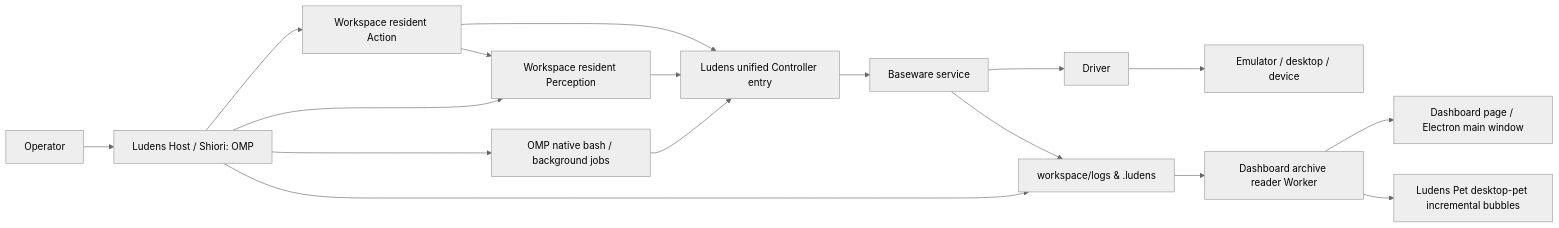
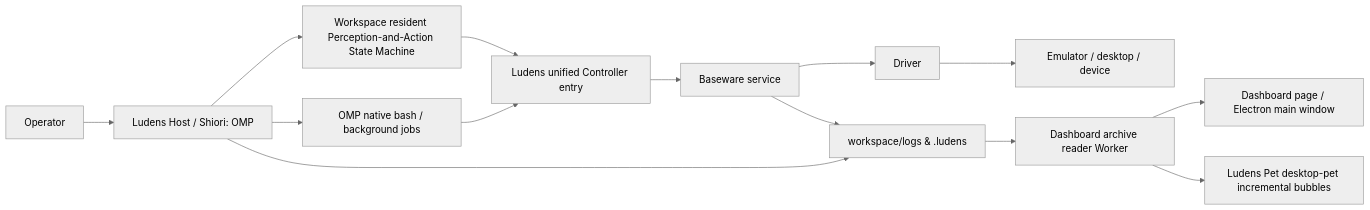
The diagram in docs/en/reference/architecture.md (Arkevo-Lab/Ludens), drawn with Mermaid (neutral theme) before and after one commit. The commit also changed other lines of this file and 35 other files, not shown here.

````diff
--- a/docs/en/reference/architecture.md
+++ b/docs/en/reference/architecture.md
@@ -15,19 +15,16 @@
 ```mermaid
 flowchart LR
     O[Operator] --> H[Ludens Host / Shiori: OMP]
-    H --> P[Workspace resident Perception]
-    H --> X[Workspace resident Action]
+    H --> P[Workspace resident Perception-and-Action State Machine]
     H --> S[OMP native bash / background jobs]
     S --> C[Ludens unified Controller entry]
     P --> C
-    X --> C
-    X --> P
     C --> B[Baseware service]
     B --> D[Driver]
     D --> E[Emulator / desktop / device]
     H --> L[workspace/logs & .ludens]
     B --> L
     L --> R[Dashboard archive reader Worker]
     R --> V[Dashboard page / Electron main window]
     R --> A[Ludens Pet desktop-pet incremental bubbles]
 ```
````
